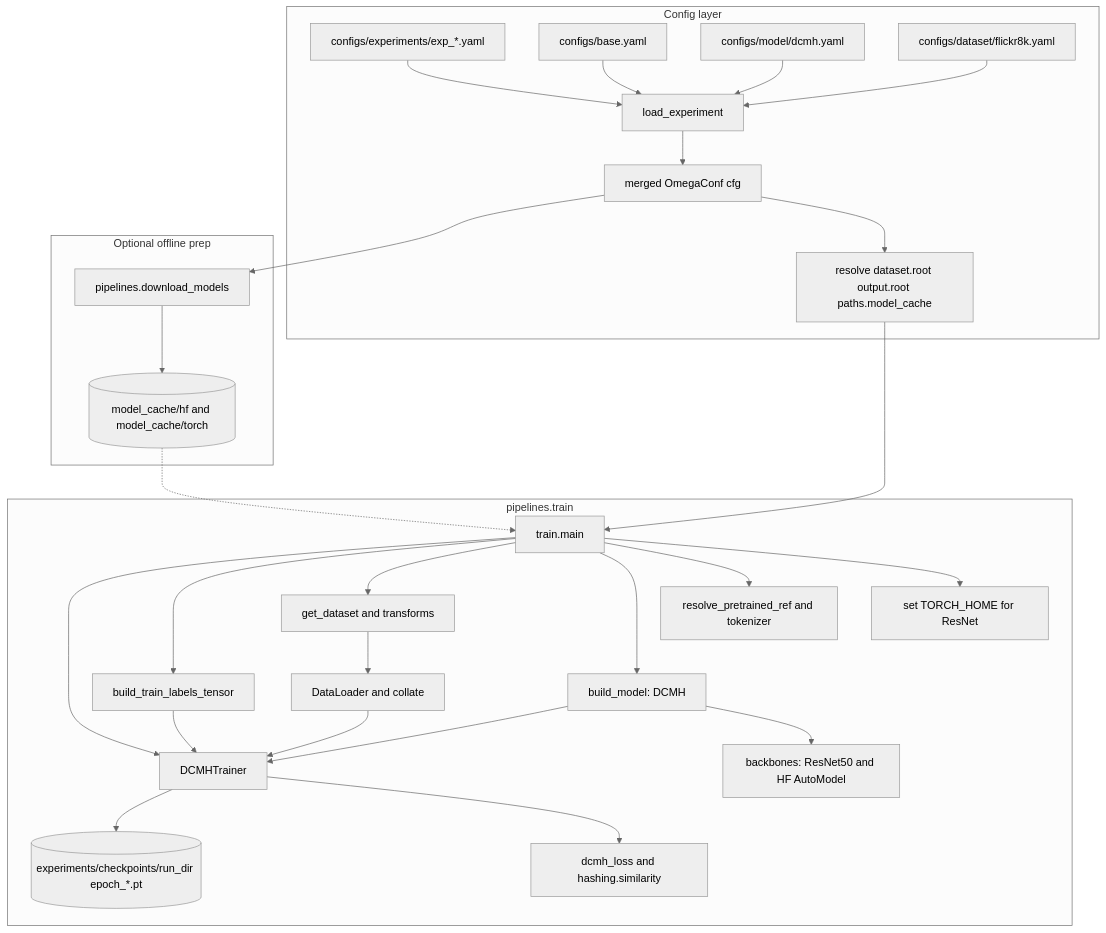
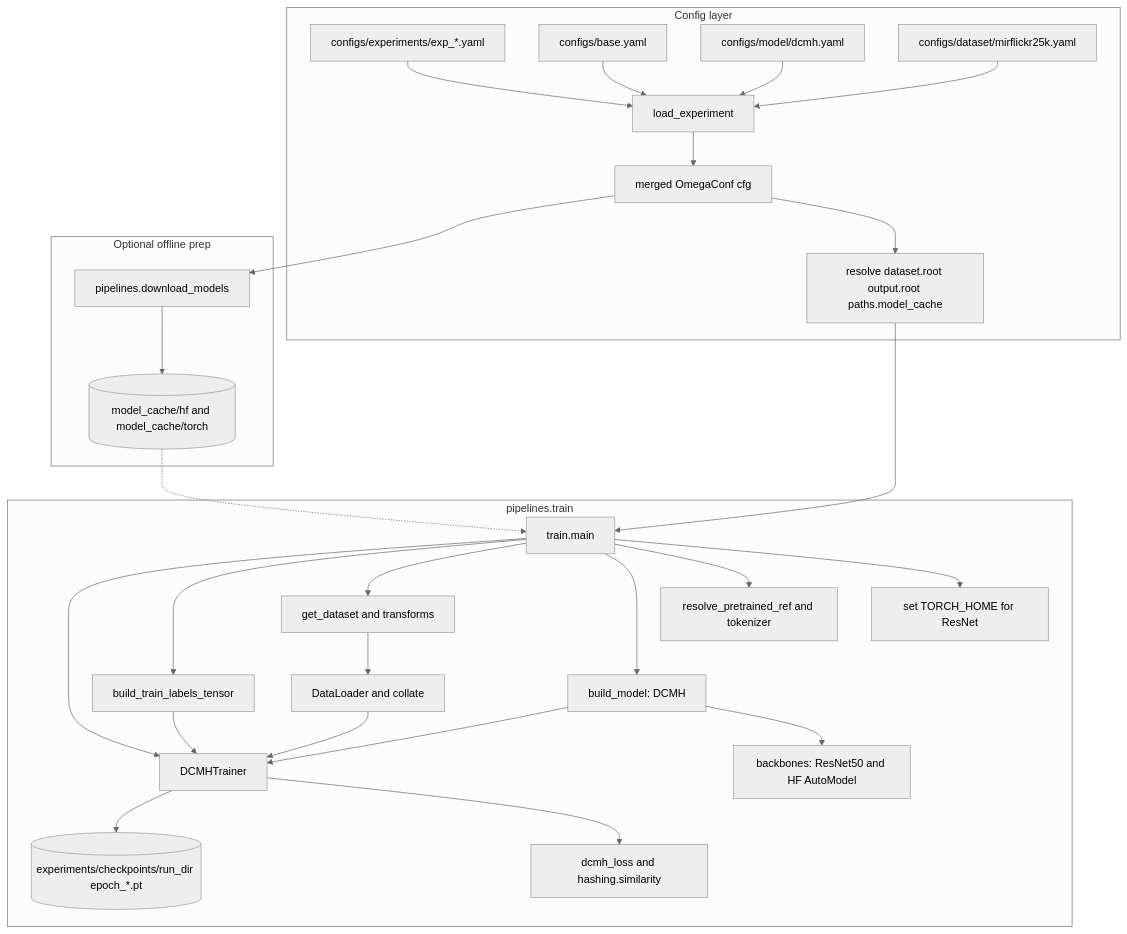
The diagram in docs/architecture.md (Kanchuking1/CM-SHC), drawn with Mermaid (neutral theme) before and after one commit. The commit also changed other lines of this file and 9 other files, not shown here.

````diff
--- a/docs/architecture.md
+++ b/docs/architecture.md
@@ -65,39 +65,39 @@
 ```mermaid
 flowchart TB
   subgraph configs [Config layer]
     expYAML["configs/experiments/exp_*.yaml"]
     baseYAML["configs/base.yaml"]
     modelYAML["configs/model/dcmh.yaml"]
-    datasetYAML["configs/dataset/flickr8k.yaml"]
+    datasetYAML["configs/dataset/mirflickr25k.yaml"]
     expYAML --> loadExp["load_experiment"]
     baseYAML --> loadExp
     modelYAML --> loadExp
     datasetYAML --> loadExp
     loadExp --> mergedCfg["merged OmegaConf cfg"]
     mergedCfg --> pathResolve["resolve dataset.root output.root paths.model_cache"]
   end
 
   subgraph preload [Optional offline prep]
     dlModels["pipelines.download_models"]
     mergedCfg --> dlModels
     dlModels --> modelCache[("model_cache/hf and model_cache/torch")]
   end
 
   subgraph trainPipe [pipelines.train]
     pathResolve --> trainMain["train.main"]
     modelCache -.-> trainMain
     trainMain --> torchHome["set TORCH_HOME for ResNet"]
     trainMain --> resolveText["resolve_pretrained_ref and tokenizer"]
     trainMain --> buildModel["build_model: DCMH"]
     buildModel --> backbones["backbones: ResNet50 and HF AutoModel"]
     trainMain --> getDS["get_dataset and transforms"]
     getDS --> loader["DataLoader and collate"]
     trainMain --> trainLabels["build_train_labels_tensor"]
     trainMain --> trainer["DCMHTrainer"]
     buildModel --> trainer
     loader --> trainer
     trainLabels --> trainer
     trainer --> losses["dcmh_loss and hashing.similarity"]
     trainer --> runDir[("experiments/checkpoints/run_dir epoch_*.pt")]
   end
 ```
````
